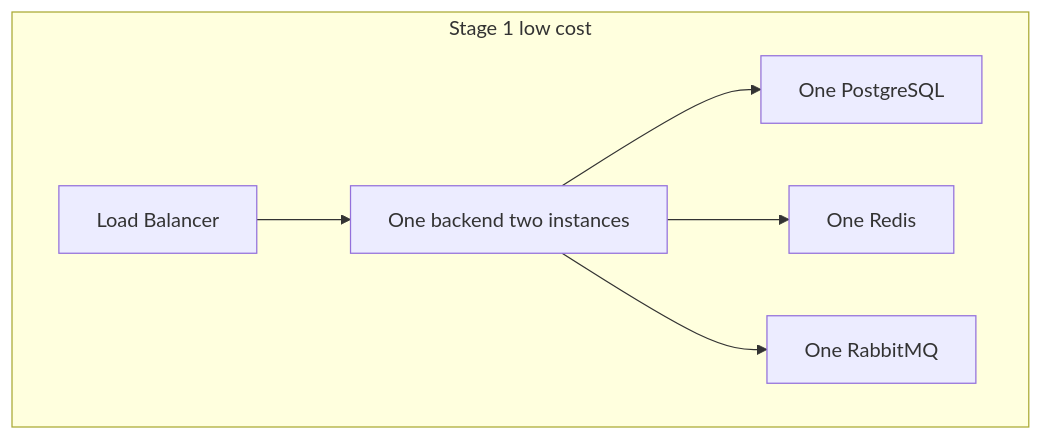
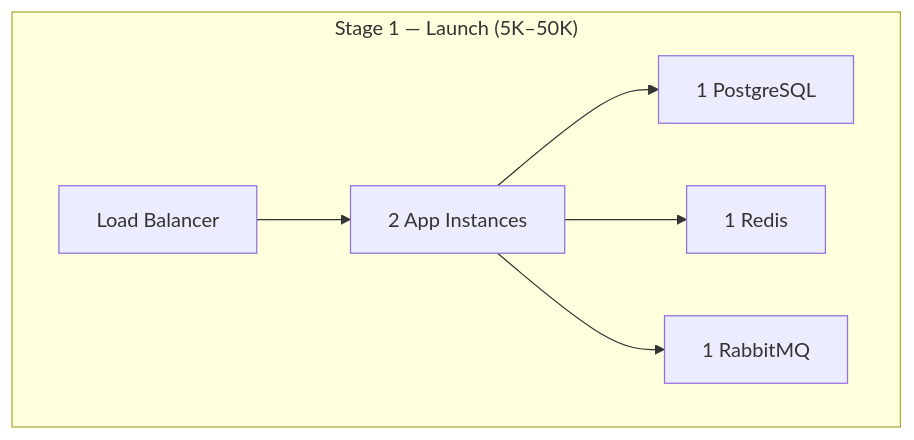
One commit to mostafiz57/Software-Architecture-Playbook changed diagram 15 of 17 in case-studies/mobility-delivery-platform/README.md. Above: the diagram before and after it, drawn with Mermaid. The commit also changed other lines of this file, not shown here.

````diff
--- a/case-studies/mobility-delivery-platform/README.md
+++ b/case-studies/mobility-delivery-platform/README.md
@@ -521,9 +488,9 @@
 ```mermaid
 flowchart TB
-  subgraph Cheap["Stage 1 low cost"]
-    LB["Load Balancer"] --> App["One backend two instances"]
-    App --> PG["One PostgreSQL"]
-    App --> Redis["One Redis"]
-    App --> MQ["One RabbitMQ"]
+  subgraph Stage1["Stage 1 — Launch (5K–50K)"]
+    LB["Load Balancer"] --> App["2 App Instances"]
+    App --> PG["1 PostgreSQL"]
+    App --> Redis["1 Redis"]
+    App --> MQ["1 RabbitMQ"]
   end
 ```
````
